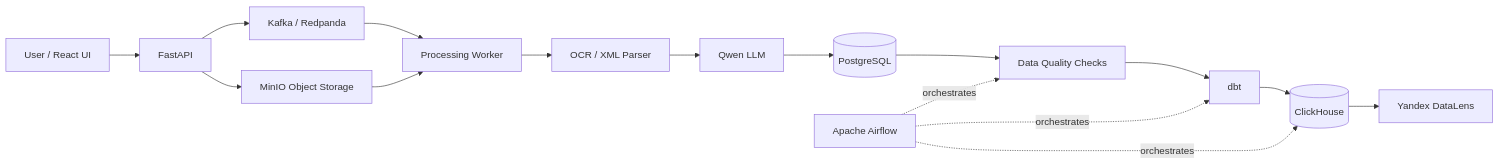
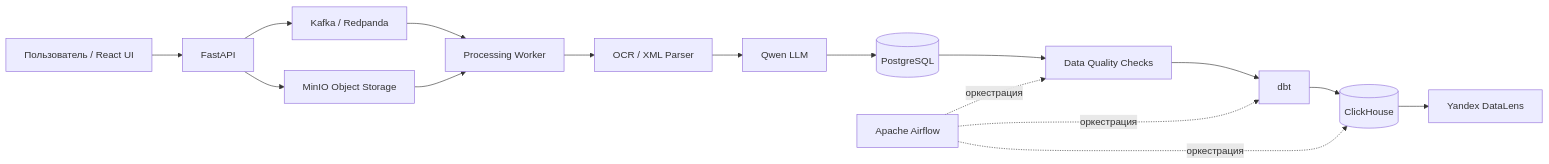
One commit to ddaria9876543/court-documents-ai-assistant changed the diagram in README.md. Above: the diagram before and after it, drawn with Mermaid. The commit also changed other lines of this file, not shown here.

````diff
--- a/README.md
+++ b/README.md
@@ -45,23 +45,23 @@
 ```mermaid
 flowchart LR
-    U[User / React UI] --> API[FastAPI]
+    U[Пользователь / React UI] --> API[FastAPI]
 
     API --> S3[MinIO Object Storage]
     API --> K[Kafka / Redpanda]
 
     K --> W[Processing Worker]
     S3 --> W
 
     W --> OCR[OCR / XML Parser]
     OCR --> LLM[Qwen LLM]
     LLM --> PG[(PostgreSQL)]
 
     PG --> DQ[Data Quality Checks]
     DQ --> DBT[dbt]
     DBT --> CH[(ClickHouse)]
     CH --> BI[Yandex DataLens]
 
-    AF[Apache Airflow] -. orchestrates .-> DQ
-    AF -. orchestrates .-> DBT
-    AF -. orchestrates .-> CH
+    AF[Apache Airflow] -. оркестрация .-> DQ
+    AF -. оркестрация .-> DBT
+    AF -. оркестрация .-> CH
 ```
````
